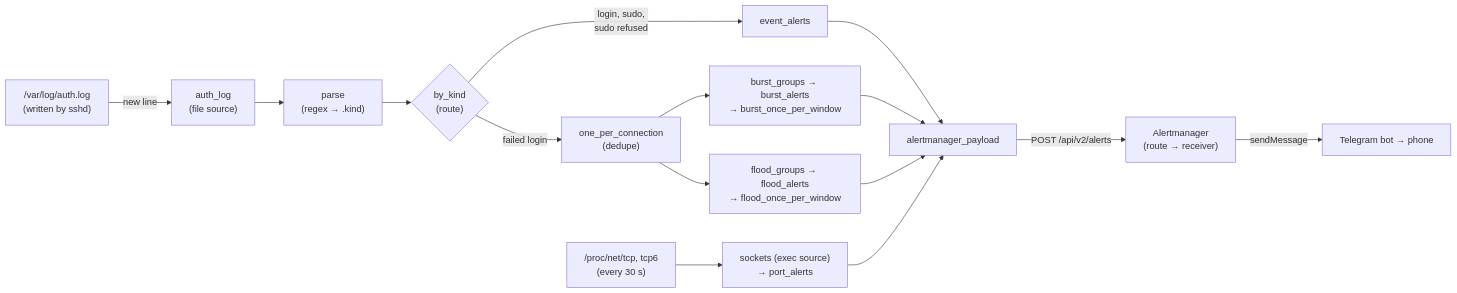
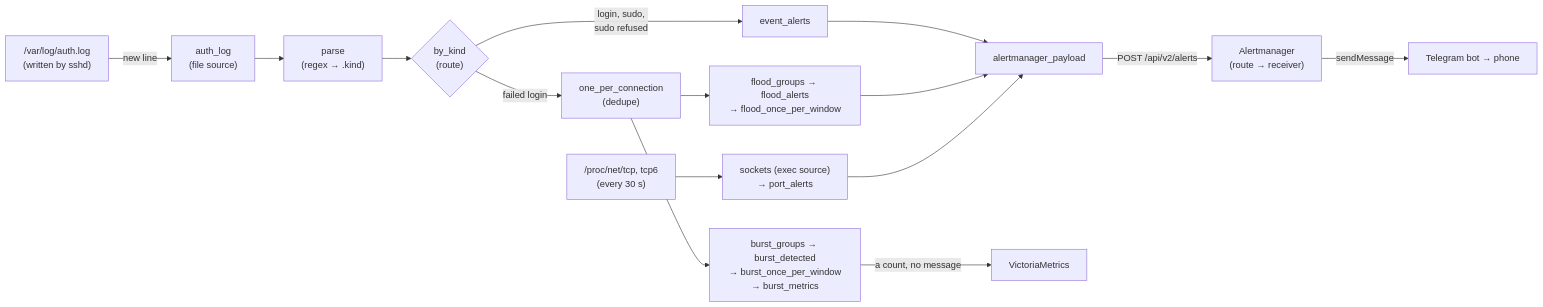
The first of 3 diagrams in docs/guide.md (NabilRobert/systems-monitoring), drawn with Mermaid before and after one commit. The commit also changed other lines of this file and 13 other files, not shown here.

````diff
--- a/docs/guide.md
+++ b/docs/guide.md
@@ -28,17 +28,17 @@
 ```mermaid
 flowchart LR
     A["/var/log/auth.log<br/>(written by sshd)"] -->|new line| B["auth_log<br/>(file source)"]
     B --> C["parse<br/>(regex → .kind)"]
     C --> D{"by_kind<br/>(route)"}
     D -->|login, sudo,<br/>sudo refused| E["event_alerts"]
     D -->|failed login| F["one_per_connection<br/>(dedupe)"]
-    F --> G["burst_groups → burst_alerts<br/>→ burst_once_per_window"]
+    F --> G["burst_groups → burst_detected<br/>→ burst_once_per_window<br/>→ burst_metrics"]
     F --> H["flood_groups → flood_alerts<br/>→ flood_once_per_window"]
     P["/proc/net/tcp, tcp6<br/>(every 30 s)"] --> Q["sockets (exec source)<br/>→ port_alerts"]
     E --> X["alertmanager_payload"]
-    G --> X
     H --> X
     Q --> X
     X -->|"POST /api/v2/alerts"| Y["Alertmanager<br/>(route → receiver)"]
     Y -->|"sendMessage"| Z["Telegram bot → phone"]
+    G -->|"a count, no message"| V["VictoriaMetrics"]
 ```
````
